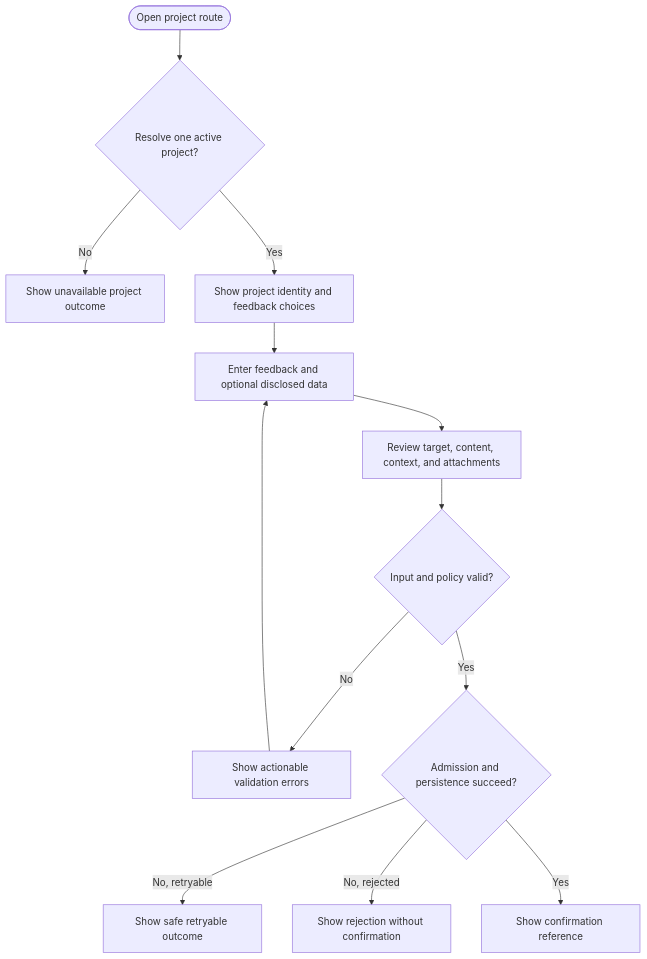
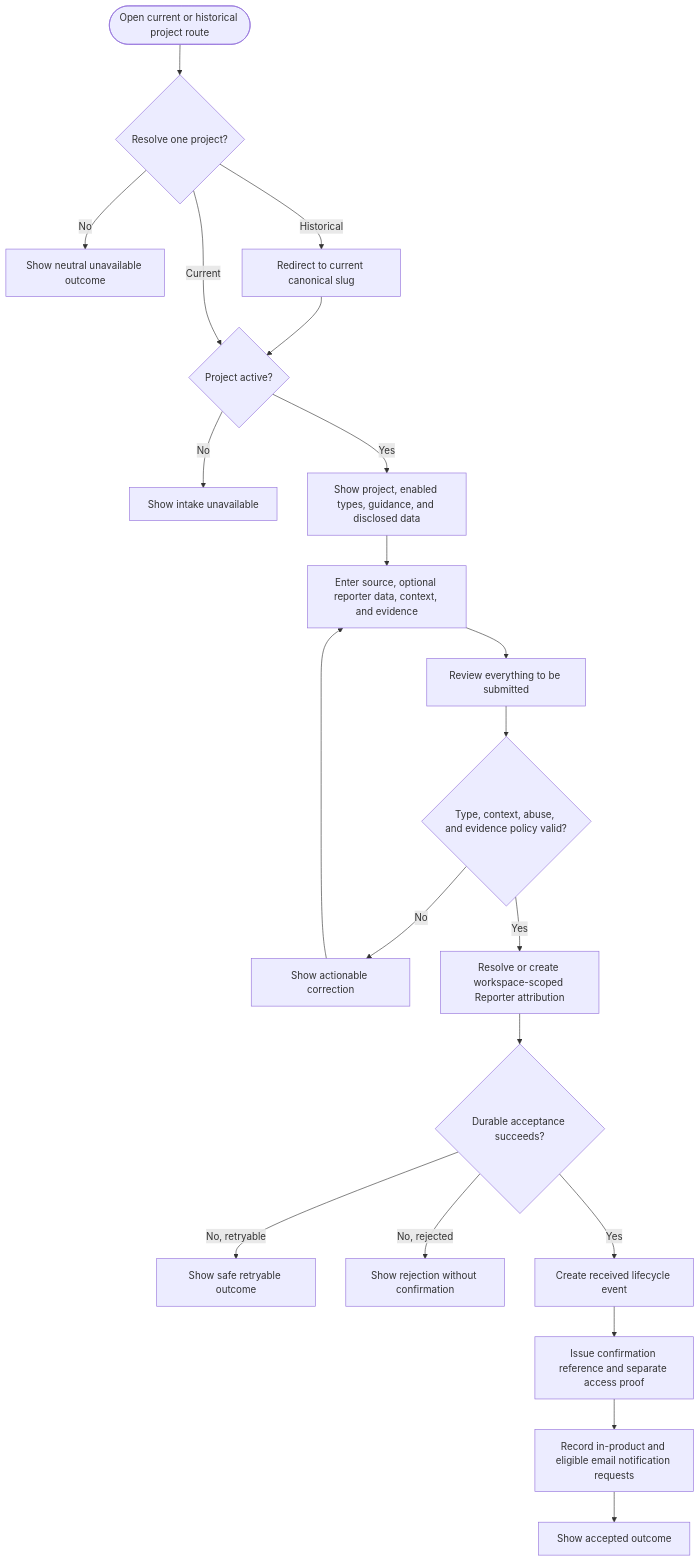
One commit to Y4NN777/y7-feedback-mngt-system changed the second of 9 diagrams in docs/05_MODELING.md. Above: the diagram before and after it, drawn with Mermaid. The commit also changed other lines of this file, not shown here.

Commit message:
docs: model the living feedback domain

````diff
--- a/docs/05_MODELING.md
+++ b/docs/05_MODELING.md
@@ -44,15 +59,23 @@
 ```mermaid
 flowchart TD
-    Start([Open project route]) --> Resolve{Resolve one active project?}
-    Resolve -- No --> RouteError[Show unavailable project outcome]
-    Resolve -- Yes --> Show[Show project identity and feedback choices]
-    Show --> Enter[Enter feedback and optional disclosed data]
-    Enter --> Review[Review target, content, context, and attachments]
-    Review --> Validate{Input and policy valid?}
-    Validate -- No --> Correct[Show actionable validation errors]
+    Start([Open current or historical project route]) --> Resolve{Resolve one project?}
+    Resolve -- No --> Unavailable[Show neutral unavailable outcome]
+    Resolve -- Historical --> Redirect[Redirect to current canonical slug]
+    Redirect --> Active
+    Resolve -- Current --> Active{Project active?}
+    Active -- No --> Inactive[Show intake unavailable]
+    Active -- Yes --> Show[Show project, enabled types, guidance, and disclosed data]
+    Show --> Enter[Enter source, optional reporter data, context, and evidence]
+    Enter --> Review[Review everything to be submitted]
+    Review --> Validate{Type, context, abuse, and evidence policy valid?}
+    Validate -- No --> Correct[Show actionable correction]
     Correct --> Enter
-    Validate -- Yes --> Admit{Admission and persistence succeed?}
-    Admit -- No, retryable --> Retry[Show safe retryable outcome]
-    Admit -- No, rejected --> Reject[Show rejection without confirmation]
-    Admit -- Yes --> Confirm[Show confirmation reference]
+    Validate -- Yes --> Attribute[Resolve or create workspace-scoped Reporter attribution]
+    Attribute --> Accept{Durable acceptance succeeds?}
+    Accept -- No, retryable --> Retry[Show safe retryable outcome]
+    Accept -- No, rejected --> Reject[Show rejection without confirmation]
+    Accept -- Yes --> Received[Create received lifecycle event]
+    Received --> Reference[Issue confirmation reference and separate access proof]
+    Reference --> Notify[Record in-product and eligible email notification requests]
+    Notify --> Confirm[Show accepted outcome]
 ```
````
